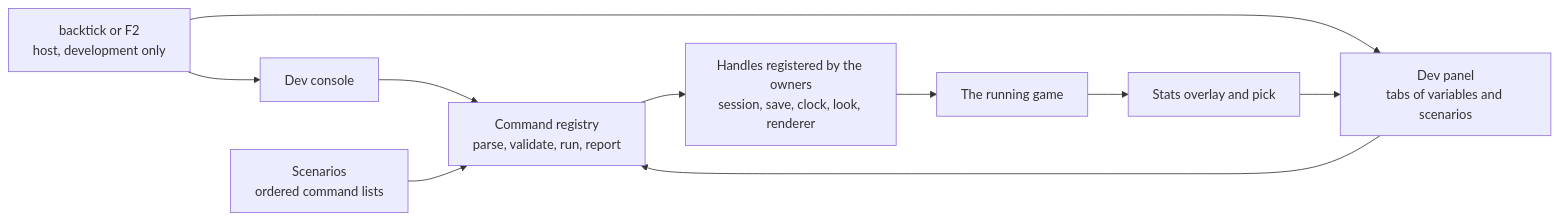
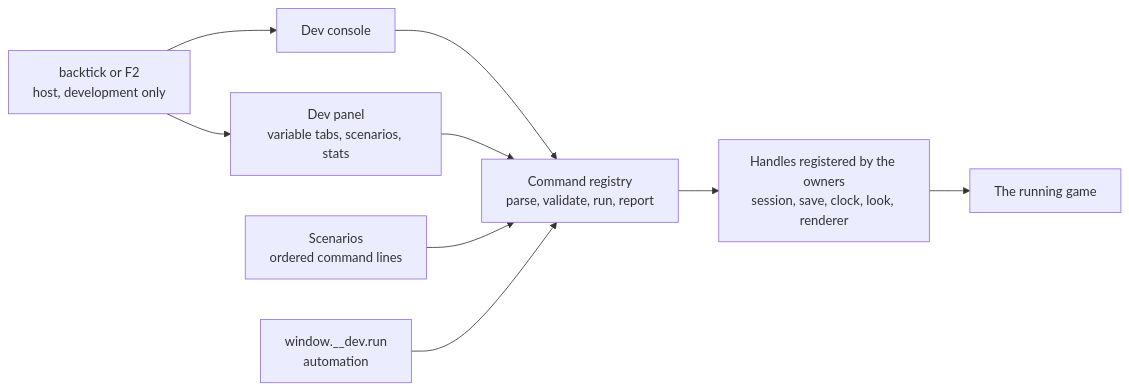
The diagram in openspec/changes/genshin-playtest-tools/design.md (Esposter/Esposter), drawn with Mermaid before and after one commit. The commit also changed other lines of this file and 3 other files, not shown here.

````diff
--- a/openspec/changes/genshin-playtest-tools/design.md
+++ b/openspec/changes/genshin-playtest-tools/design.md
@@ -20,12 +11,11 @@
 ```mermaid
 flowchart LR
   KEY["backtick or F2<br/>host, development only"] --> CONSOLE["Dev console"]
-  KEY --> PANEL["Dev panel<br/>tabs of variables and scenarios"]
+  KEY --> PANEL["Dev panel<br/>variable tabs, scenarios, stats"]
   CONSOLE --> REGISTRY["Command registry<br/>parse, validate, run, report"]
   PANEL --> REGISTRY
-  SCEN["Scenarios<br/>ordered command lists"] --> REGISTRY
+  SCEN["Scenarios<br/>ordered command lines"] --> REGISTRY
+  AUTO["window.__dev.run<br/>automation"] --> REGISTRY
   REGISTRY --> HANDLES["Handles registered by the owners<br/>session, save, clock, look, renderer"]
   HANDLES --> GAME["The running game"]
-  GAME --> STATS["Stats overlay and pick"]
-  STATS --> PANEL
 ```
````
